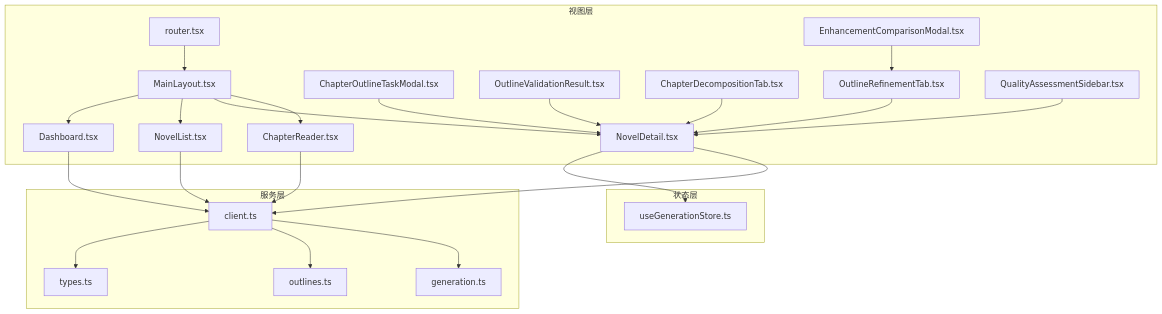
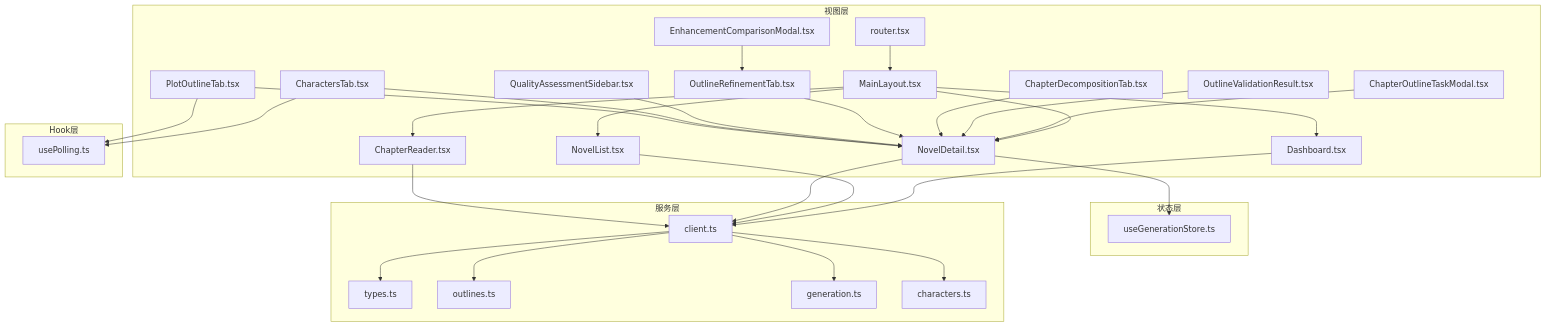
Before and after one commit to xfbyxq/ai-novel-system: the second of 8 diagrams in .qoder/repowiki/zh/content/前端架构/前端架构.md, drawn with Mermaid. The commit also changed other lines of this file and 11 other files, not shown here.

````diff
--- a/.qoder/repowiki/zh/content/前端架构/前端架构.md
+++ b/.qoder/repowiki/zh/content/前端架构/前端架构.md
@@ -169,45 +191,56 @@
 ```mermaid
 graph TB
 subgraph "视图层"
 R["router.tsx"]
 L["MainLayout.tsx"]
 P1["Dashboard.tsx"]
 P2["NovelList.tsx"]
 P3["NovelDetail.tsx"]
 P4["ChapterReader.tsx"]
 C1["ChapterOutlineTaskModal.tsx"]
 C2["OutlineValidationResult.tsx"]
 C3["ChapterDecompositionTab.tsx"]
 C4["OutlineRefinementTab.tsx"]
 C5["EnhancementComparisonModal.tsx"]
 C6["QualityAssessmentSidebar.tsx"]
+X["CharactersTab.tsx"]
+Y["PlotOutlineTab.tsx"]
 end
 subgraph "状态层"
 Z["useGenerationStore.ts"]
 end
 subgraph "服务层"
 C["client.ts"]
 T["types.ts"]
 O["outlines.ts"]
 G["generation.ts"]
+CH["characters.ts"]
+end
+subgraph "Hook层"
+UP["usePolling.ts"]
 end
 R --> L
 L --> P1
 L --> P2
 L --> P3
 L --> P4
 P3 --> Z
 P1 --> C
 P2 --> C
 P3 --> C
 P4 --> C
 C --> T
 C --> O
 C --> G
+C --> CH
 C1 --> P3
 C2 --> P3
 C3 --> P3
 C4 --> P3
 C5 --> C4
 C6 --> P3
+X --> P3
+Y --> P3
+X --> UP
+Y --> UP
 ```
````
